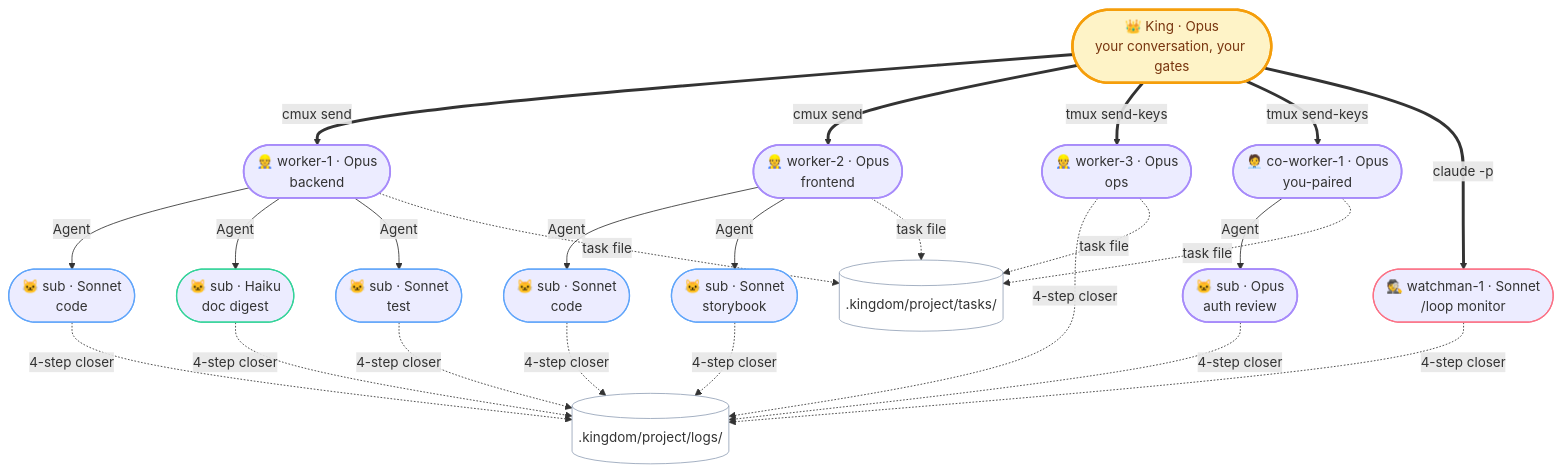
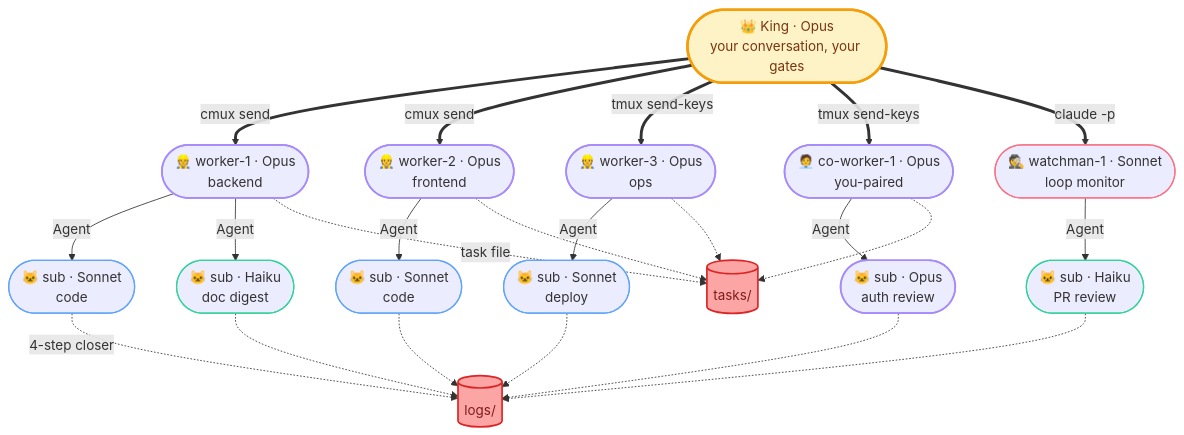
The diagram in README.md (chatthong/kingdom), drawn with Mermaid before and after one commit. The commit also changed other lines of this file and 2 other files, not shown here.

First line of the commit message:
docs: add 'what it costs to run' (RAM + tokens) + cmux screenshot

````diff
--- a/README.md
+++ b/README.md
@@ -87,35 +93,44 @@
 ```mermaid
 graph TB
-    K([👑 King · Opus<br/>your conversation, your gates])
+    K(["👑 King · Opus<br/>your conversation, your gates"])
 
-    K ==>|cmux send| W1([👷 worker-1 · Opus<br/>backend])
-    K ==>|cmux send| W2([👷 worker-2 · Opus<br/>frontend])
-    K ==>|tmux send-keys| W3([👷 worker-3 · Opus<br/>ops])
-    K ==>|tmux send-keys| CW([🧑‍💼 co-worker-1 · Opus<br/>you-paired])
-    K ==>|claude -p| WM([🕵️ watchman-1 · Sonnet<br/>/loop monitor])
+    K ==>|"cmux send"| W1(["👷 worker-1 · Opus<br/>backend"])
+    K ==>|"cmux send"| W2(["👷 worker-2 · Opus<br/>frontend"])
+    K ==>|"tmux send-keys"| W3(["👷 worker-3 · Opus<br/>ops"])
+    K ==>|"tmux send-keys"| CW(["🧑‍💼 co-worker-1 · Opus<br/>you-paired"])
+    K ==>|"claude -p"| WM(["🕵️ watchman-1 · Sonnet<br/>loop monitor"])
 
-    W1 -->|Agent| SA1([🐱 sub · Sonnet<br/>code])
-    W1 -->|Agent| SA2([🐱 sub · Haiku<br/>doc digest])
-    W1 -->|Agent| SA3([🐱 sub · Sonnet<br/>test])
-    W2 -->|Agent| SA4([🐱 sub · Sonnet<br/>code])
-    W2 -->|Agent| SA5([🐱 sub · Sonnet<br/>storybook])
-    CW -->|Agent| SA6([🐱 sub · Opus<br/>auth review])
+    W1 -->|"Agent"| SA1(["🐱 sub · Sonnet<br/>code"])
+    W1 -->|"Agent"| SA2(["🐱 sub · Haiku<br/>doc digest"])
+    W2 -->|"Agent"| SA4(["🐱 sub · Sonnet<br/>code"])
+    W3 -->|"Agent"| SA7(["🐱 sub · Sonnet<br/>deploy"])
+    CW -->|"Agent"| SA6(["🐱 sub · Opus<br/>auth review"])
+    WM -->|"Agent"| SA8(["🐱 sub · Haiku<br/>PR review"])
 
-    SA1 & SA2 & SA3 & SA4 & SA5 & SA6 & W3 & WM -.->|"4-step closer"| LOG[(.kingdom/project/logs/)]
-    W1 & W2 & W3 & CW -.->|"task file"| TSK[(.kingdom/project/tasks/)]
+    SA1 -.->|"4-step closer"| LOG[("logs/")]
+    SA2 -.-> LOG
+    SA4 -.-> LOG
+    SA6 -.-> LOG
+    SA7 -.-> LOG
+    SA8 -.-> LOG
+
+    W1 -.->|"task file"| TSK[("tasks/")]
+    W2 -.-> TSK
+    W3 -.-> TSK
+    CW -.-> TSK
 
     classDef king fill:#fef3c7,stroke:#f59e0b,stroke-width:3px,color:#78350f
     classDef opus stroke:#a78bfa,stroke-width:2px
     classDef sonnet stroke:#60a5fa,stroke-width:1.5px
     classDef haiku stroke:#34d399,stroke-width:1.5px
     classDef monitor stroke:#fb7185,stroke-width:1.5px
-    classDef store fill:none,stroke:#94a3b8,stroke-width:1px
+    classDef store fill:#fca5a5,stroke:#dc2626,stroke-width:2px,color:#7f1d1d
 
     class K king
     class W1,W2,W3,CW opus
-    class SA1,SA3,SA4,SA5 sonnet
-    class SA2 haiku
+    class SA1,SA4,SA7 sonnet
+    class SA2,SA8 haiku
     class SA6 opus
     class WM monitor
     class LOG,TSK store
 ```
````
